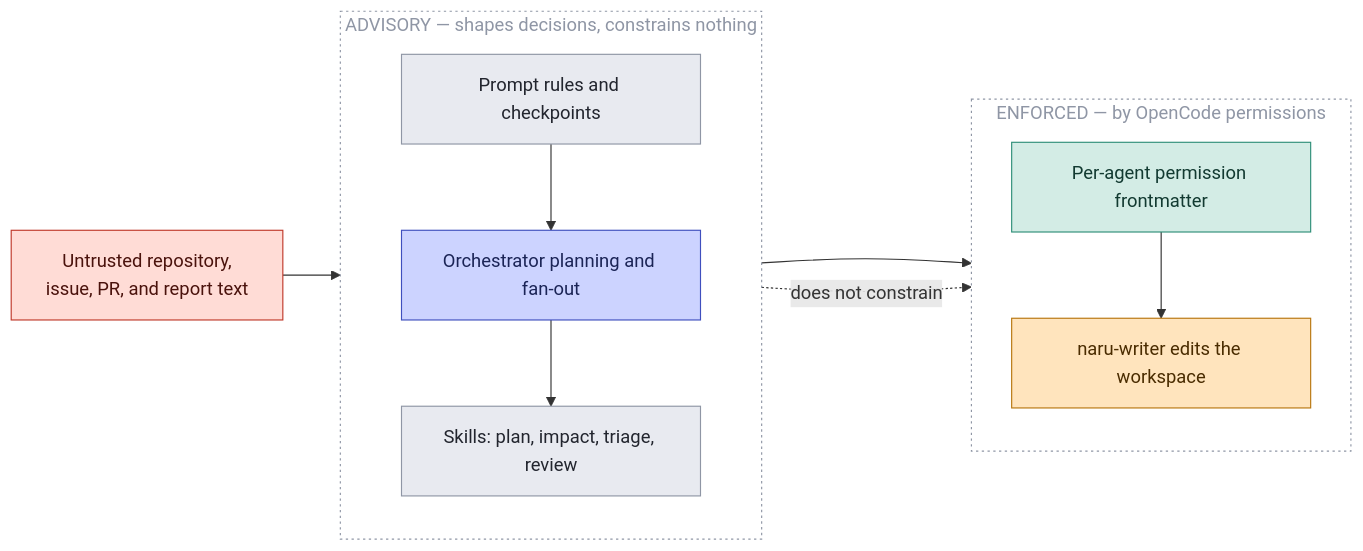
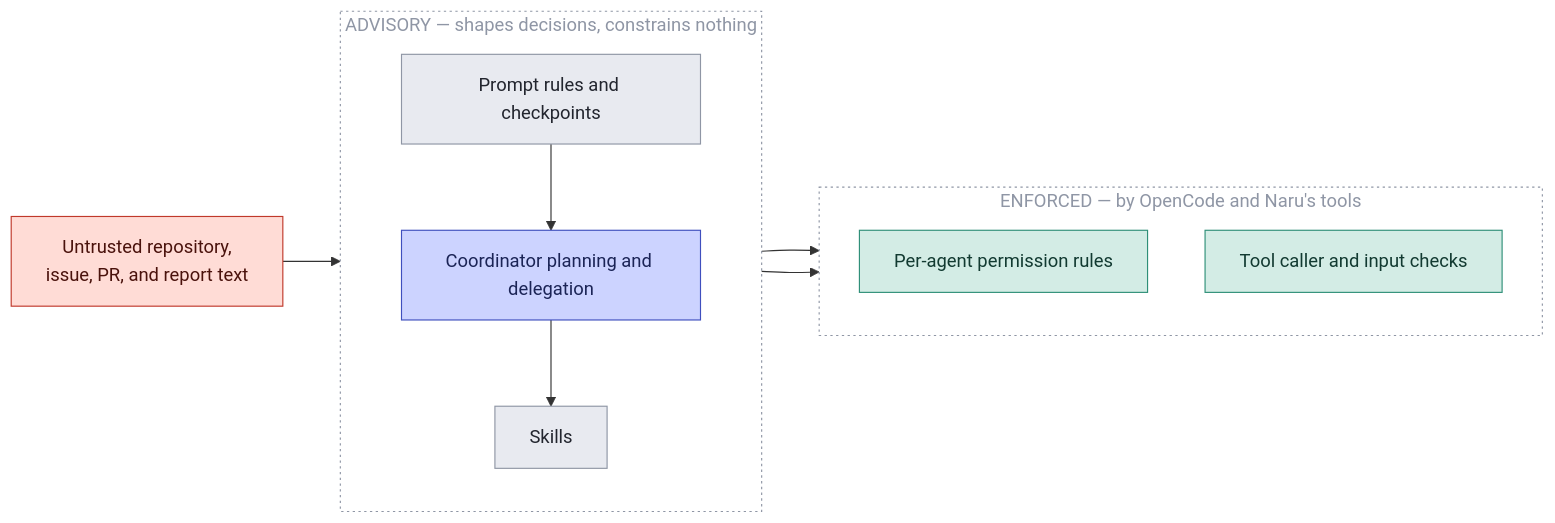
The diagram in docs/src/content/docs/reference/limitations.md (sean35mm/naru-opencode), drawn with Mermaid before and after one commit. The commit also changed other lines of this file and 20 other files, not shown here.

First line of the commit message:
docs: describe only the native OpenCode v2 product

````diff
--- a/docs/src/content/docs/reference/limitations.md
+++ b/docs/src/content/docs/reference/limitations.md
@@ -8,31 +8,30 @@
 ```mermaid
 flowchart LR
   U["Untrusted repository,<br/>issue, PR, and report text"]:::danger
 
   subgraph advisory["ADVISORY — shapes decisions, constrains nothing"]
     direction TB
     P["Prompt rules and checkpoints"]:::gate
-    O["Orchestrator planning and fan-out"]:::coord
-    S["Skills: plan, impact, triage, review"]:::gate
+    O["Coordinator planning and delegation"]:::coord
+    S["Skills"]:::gate
   end
 
-  subgraph enforced["ENFORCED — by OpenCode permissions"]
+  subgraph enforced["ENFORCED — by OpenCode and Naru's tools"]
     direction TB
-    N["Per-agent permission frontmatter"]:::read
-    W["naru-writer edits the workspace"]:::write
+    N["Per-agent permission rules"]:::read
+    T["Tool caller and input checks"]:::read
   end
 
   U --> P --> O
   O --> S
-  O --> N --> W
-  P -. "does not constrain" .-> W
+  O --> N
+  O --> T
 
   style advisory fill:none,stroke:#8f96a5,stroke-dasharray:2 3,color:#8f96a5
   style enforced fill:none,stroke:#8f96a5,stroke-dasharray:2 3,color:#8f96a5
 
   classDef coord fill:#ccd3ff,stroke:#3f4fbe,color:#1b2456
   classDef read fill:#d3ece5,stroke:#2f8f78,color:#123a31
-  classDef write fill:#ffe4bd,stroke:#b8760f,color:#4a2c00
   classDef gate fill:#e8eaf0,stroke:#8f96a5,color:#22252e
   classDef danger fill:#ffdcd6,stroke:#c0392b,color:#4a120c
 ```
````
